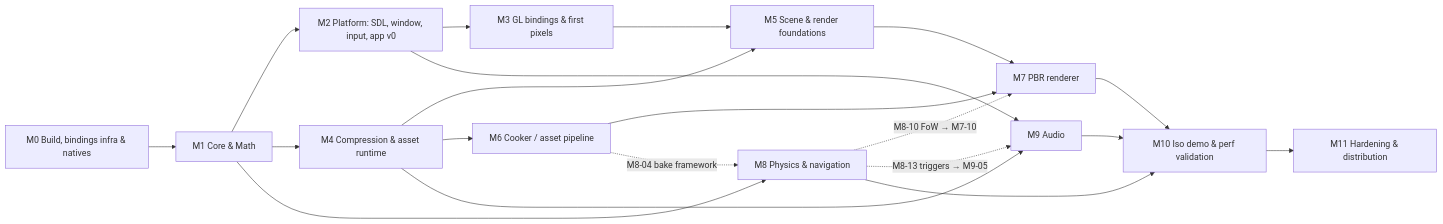
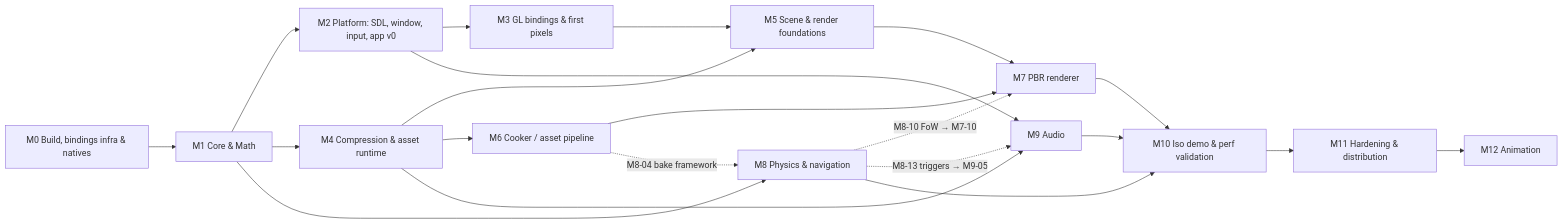
The diagram in docs/TASKS.md (ilumar589/JEddyFramework), drawn with Mermaid before and after one commit. The commit also changed other lines of this file and 59 other files, not shown here.

````diff
--- a/docs/TASKS.md
+++ b/docs/TASKS.md
@@ -11,22 +11,23 @@
 ```mermaid
 graph LR
   M0[M0 Build, bindings infra & natives] --> M1[M1 Core & Math]
   M1 --> M2[M2 Platform: SDL, window, input, app v0]
   M2 --> M3[M3 GL bindings & first pixels]
   M1 --> M4[M4 Compression & asset runtime]
   M3 --> M5[M5 Scene & render foundations]
   M4 --> M5
   M4 --> M6[M6 Cooker / asset pipeline]
   M5 --> M7[M7 PBR renderer]
   M6 --> M7
   M1 --> M8[M8 Physics & navigation]
   M6 -. M8-04 bake framework .-> M8
   M8 -. M8-10 FoW → M7-10 .-> M7
   M2 --> M9[M9 Audio]
   M4 --> M9
   M8 -. M8-13 triggers → M9-05 .-> M9
   M7 --> M10[M10 Iso demo & perf validation]
   M8 --> M10
   M9 --> M10
   M10 --> M11[M11 Hardening & distribution]
+  M11 --> M12[M12 Animation]
 ```
````
